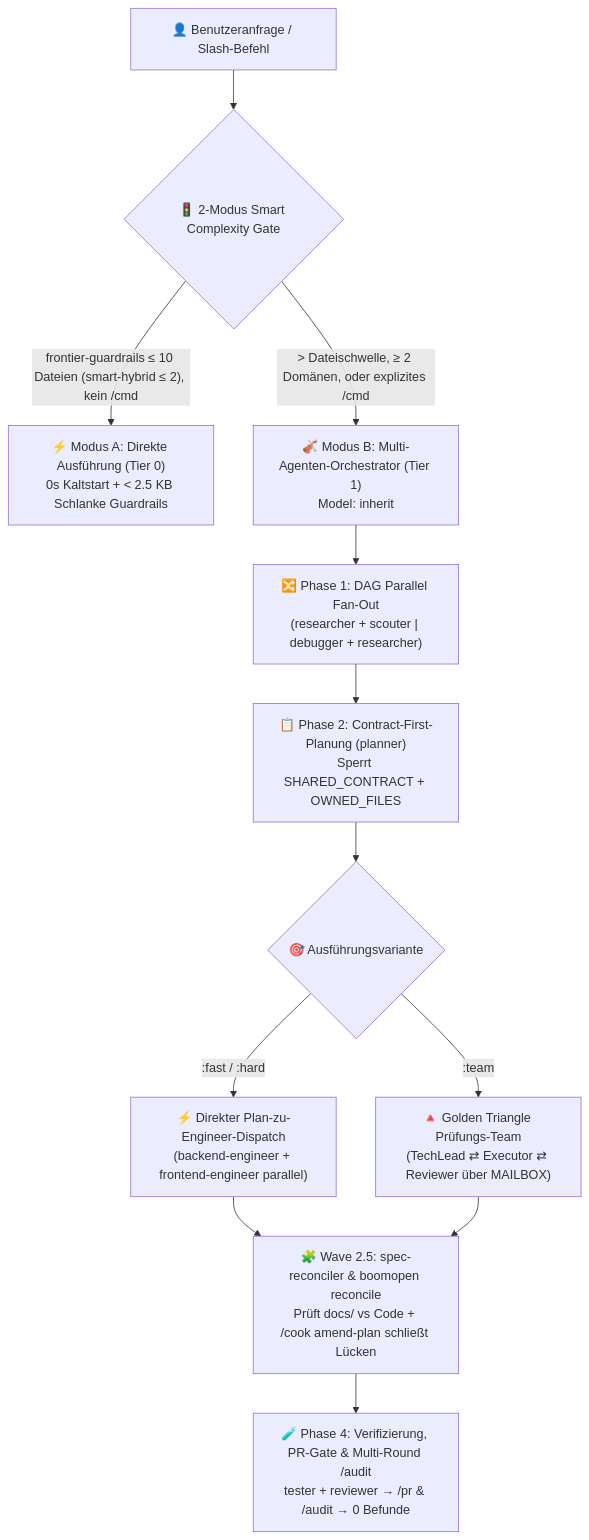
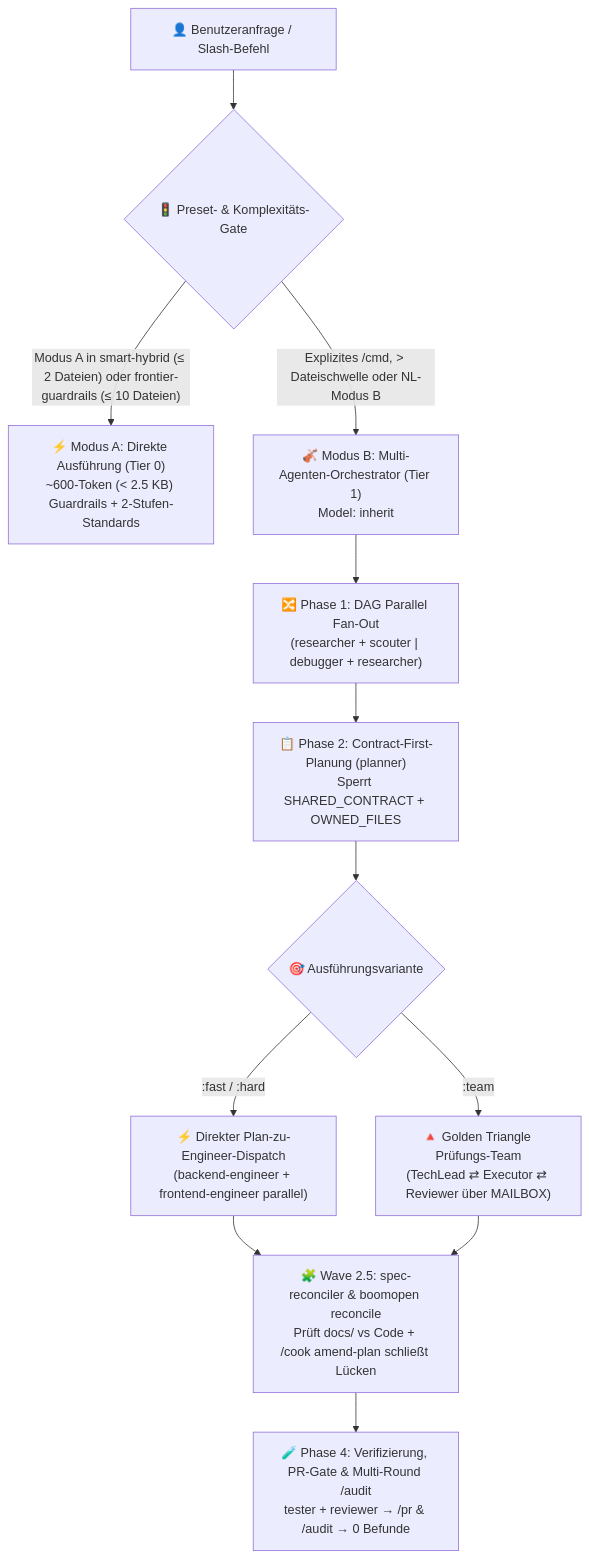
The diagram in i18n/README.de.md (Kennyboom/BoomOpen-Workflow-Kit-Pro), drawn with Mermaid before and after one commit. The commit also changed other lines of this file and 16 other files, not shown here.

Commit message:
docs(i18n,changelog): align all 16 localized READMEs and CHANGELOG to smart-hybrid default

````diff
--- a/i18n/README.de.md
+++ b/i18n/README.de.md
@@ -57,17 +57,17 @@
 ```mermaid
 flowchart TD
-    User["👤 Benutzeranfrage / Slash-Befehl"] --> Gate{"🚦 2-Modus Smart Complexity Gate"}
-    Gate -->|"frontier-guardrails ≤ 10 Dateien (smart-hybrid ≤ 2), kein /cmd"| ModeA["⚡ Modus A: Direkte Ausführung (Tier 0)<br/>0s Kaltstart + < 2.5 KB Schlanke Guardrails"]
-    Gate -->|"> Dateischwelle, ≥ 2 Domänen, oder explizites /cmd"| ModeB["🎻 Modus B: Multi-Agenten-Orchestrator (Tier 1)<br/>Model: inherit"]
+    User["👤 Benutzeranfrage / Slash-Befehl"] --> Gate{"🚦 Preset- & Komplexitäts-Gate"}
+    Gate -->|"Modus A in smart-hybrid (≤ 2 Dateien) oder frontier-guardrails (≤ 10 Dateien)"| ModeA["⚡ Modus A: Direkte Ausführung (Tier 0)<br/>~600-Token (< 2.5 KB) Guardrails + 2-Stufen-Standards"]
+    Gate -->|"Explizites /cmd, > Dateischwelle oder NL-Modus B"| ModeB["🎻 Modus B: Multi-Agenten-Orchestrator (Tier 1)<br/>Model: inherit"]
 
     ModeB --> FanOut["🔀 Phase 1: DAG Parallel Fan-Out<br/>(researcher + scouter | debugger + researcher)"]
     FanOut --> Plan["📋 Phase 2: Contract-First-Planung (planner)<br/>Sperrt SHARED_CONTRACT + OWNED_FILES"]
     Plan --> Dispatch{"🎯 Ausführungsvariante"}
 
     Dispatch -->|":fast / :hard"| Direct["⚡ Direkter Plan-zu-Engineer-Dispatch<br/>(backend-engineer + frontend-engineer parallel)"]
     Dispatch -->|":team"| Triangle["🔺 Golden Triangle Prüfungs-Team<br/>(TechLead ⇄ Executor ⇄ Reviewer über MAILBOX)"]
 
     Direct --> Reconcile["🧩 Wave 2.5: spec-reconciler & boomopen reconcile<br/>Prüft docs/ vs Code + /cook amend-plan schließt Lücken"]
     Triangle --> Reconcile
     Reconcile --> Verify["🧪 Phase 4: Verifizierung, PR-Gate & Multi-Round /audit<br/>tester + reviewer → /pr & /audit → 0 Befunde"]
 ```
````
